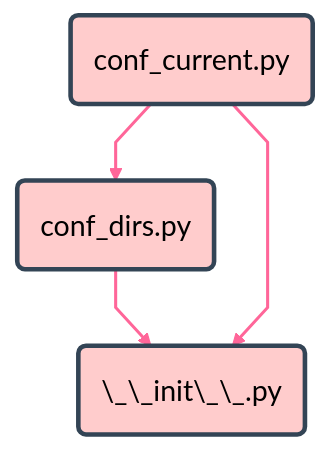
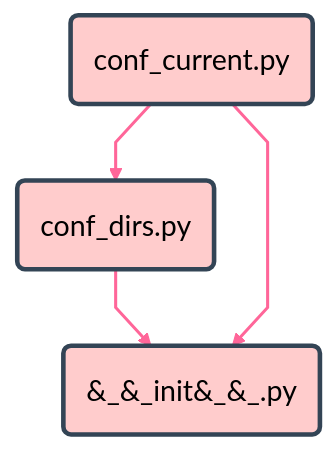
One commit to nyosak/article-base-doc changed the third of 6 diagrams in docs/a/70530_publish_zenn_qiita.md. Above: the diagram before and after it, drawn with Mermaid. The commit also changed other lines of this file, not shown here.

````diff
--- a/docs/a/70530_publish_zenn_qiita.md
+++ b/docs/a/70530_publish_zenn_qiita.md
@@ -481,22 +481,22 @@
 ```mermaid
 %%{init:
 	{
 		"theme": "forest",
 		"logLevel": 2,
 		"flowchart": { "curve": "linear" }
 	}
 }%%
 
 flowchart TB
 
-init_py("\_\_init\_\_.py")
+init_py("&#95;&#95;init&#95;&#95;.py")
 conf_dirs(conf_dirs.py)
 conf_current(conf_current.py)
 
 conf_current --> conf_dirs --> init_py
 conf_current ---> init_py
 
 linkStyle default color:#936, stroke:#f69, stroke-width:2px;
 classDef default fill:#fcc, stroke:#345, stroke-width:3px, font-size:14pt;
 
 ```
````
